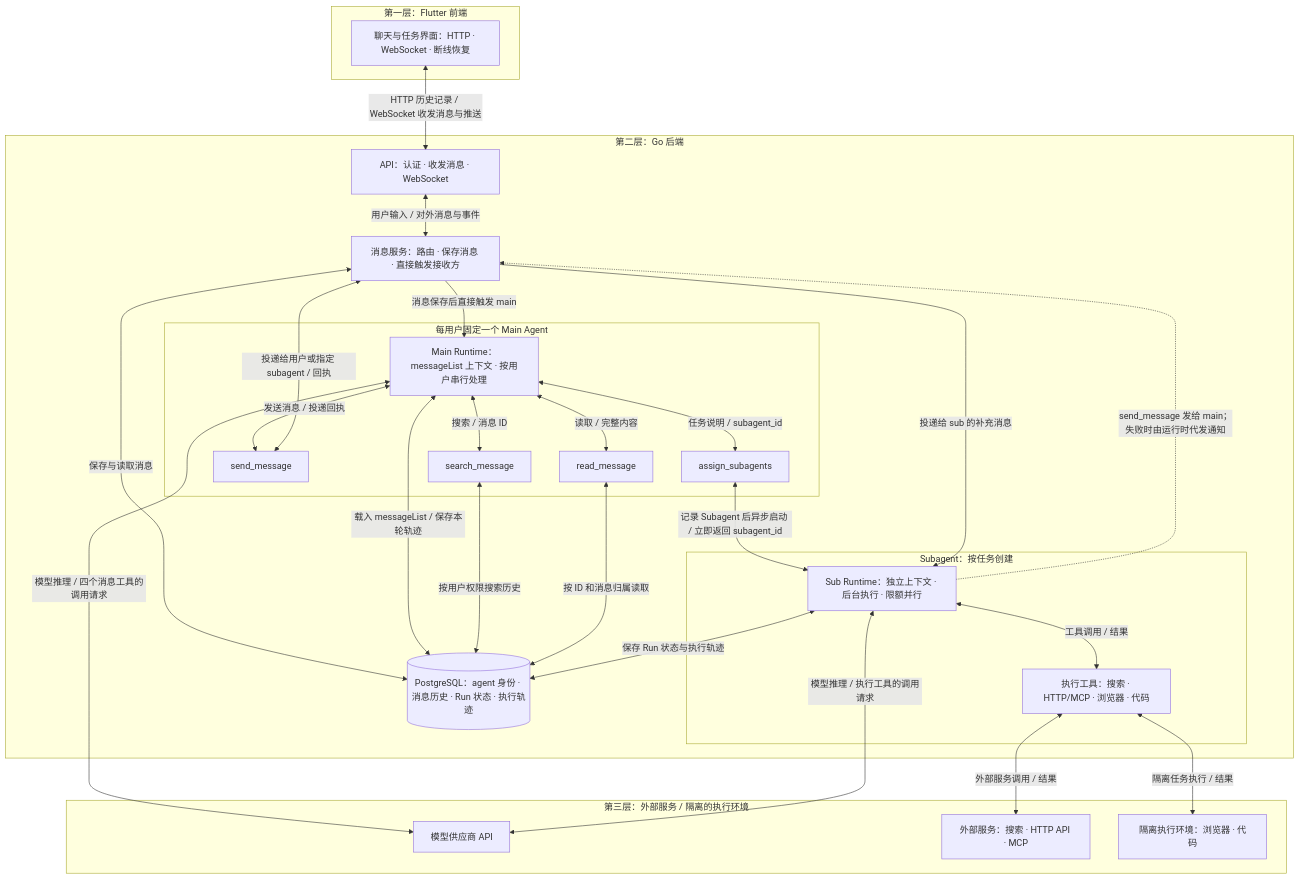
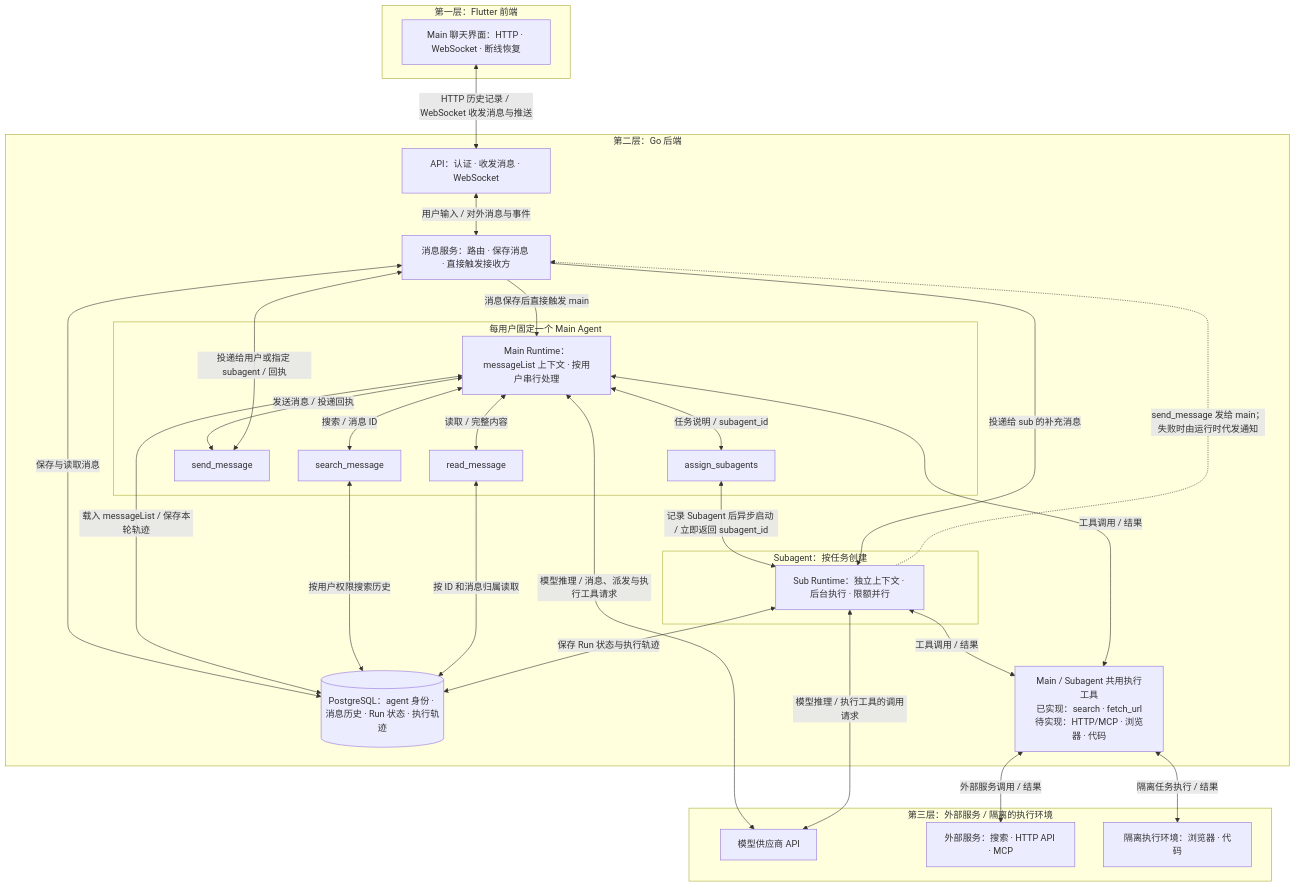
One commit to OmniNetOpensource/aether-personal changed the diagram in docs/architecture.mmd. Above: the diagram before and after it, drawn with Mermaid. The commit also changed 11 other files, not shown here.

Commit message:
docs: organize architecture wiki and record implemented behavior

```diff
--- a/docs/architecture.mmd
+++ b/docs/architecture.mmd
@@ -1,56 +1,56 @@
 flowchart TD
     subgraph L1["第一层：Flutter 前端"]
-        FLUTTER["聊天与任务界面：HTTP · WebSocket · 断线恢复"]
+        FLUTTER["Main 聊天界面：HTTP · WebSocket · 断线恢复"]
     end
 
     subgraph L2["第二层：Go 后端"]
         API["API：认证 · 收发消息 · WebSocket"]
         MESSAGES["消息服务：路由 · 保存消息 · 直接触发接收方"]
         DB[("PostgreSQL：agent 身份 · 消息历史 · Run 状态 · 执行轨迹")]
 
         subgraph MAINBOX["每用户固定一个 Main Agent"]
             MAIN["Main Runtime：messageList 上下文 · 按用户串行处理"]
             ASSIGN["assign_subagents"]
             SEND["send_message"]
             SEARCH["search_message"]
             READ["read_message"]
 
             MAIN <-->|"任务说明 / subagent_id"| ASSIGN
             MAIN <-->|"发送消息 / 投递回执"| SEND
             MAIN <-->|"搜索 / 消息 ID"| SEARCH
             MAIN <-->|"读取 / 完整内容"| READ
         end
 
         subgraph SUBBOX["Subagent：按任务创建"]
             SUB["Sub Runtime：独立上下文 · 后台执行 · 限额并行"]
-            TOOLS["执行工具：搜索 · HTTP/MCP · 浏览器 · 代码"]
-
-            SUB <-->|"工具调用 / 结果"| TOOLS
         end
 
+        TOOLS["Main / Subagent 共用执行工具<br/>已实现：search · fetch_url<br/>待实现：HTTP/MCP · 浏览器 · 代码"]
+        SUB <-->|"工具调用 / 结果"| TOOLS
+        MAIN <-->|"工具调用 / 结果"| TOOLS
         API <-->|"用户输入 / 对外消息与事件"| MESSAGES
         MESSAGES <-->|"保存与读取消息"| DB
         MESSAGES -->|"消息保存后直接触发 main"| MAIN
         MAIN <-->|"载入 messageList / 保存本轮轨迹"| DB
 
         ASSIGN <-->|"记录 Subagent 后异步启动 / 立即返回 subagent_id"| SUB
         SEND <-->|"投递给用户或指定 subagent / 回执"| MESSAGES
         SEARCH <-->|"按用户权限搜索历史"| DB
         READ <-->|"按 ID 和消息归属读取"| DB
 
         MESSAGES -->|"投递给 sub 的补充消息"| SUB
         SUB -.->|"send_message 发给 main；失败时由运行时代发通知"| MESSAGES
         SUB <-->|"保存 Run 状态与执行轨迹"| DB
     end
 
     subgraph L3["第三层：外部服务 / 隔离的执行环境"]
         MODEL["模型供应商 API"]
         EXTERNAL["外部服务：搜索 · HTTP API · MCP"]
         SANDBOX["隔离执行环境：浏览器 · 代码"]
     end
 
     FLUTTER <-->|"HTTP 历史记录 / WebSocket 收发消息与推送"| API
-    MAIN <-->|"模型推理 / 四个消息工具的调用请求"| MODEL
+    MAIN <-->|"模型推理 / 消息、派发与执行工具请求"| MODEL
     SUB <-->|"模型推理 / 执行工具的调用请求"| MODEL
     TOOLS <-->|"外部服务调用 / 结果"| EXTERNAL
     TOOLS <-->|"隔离任务执行 / 结果"| SANDBOX
```
